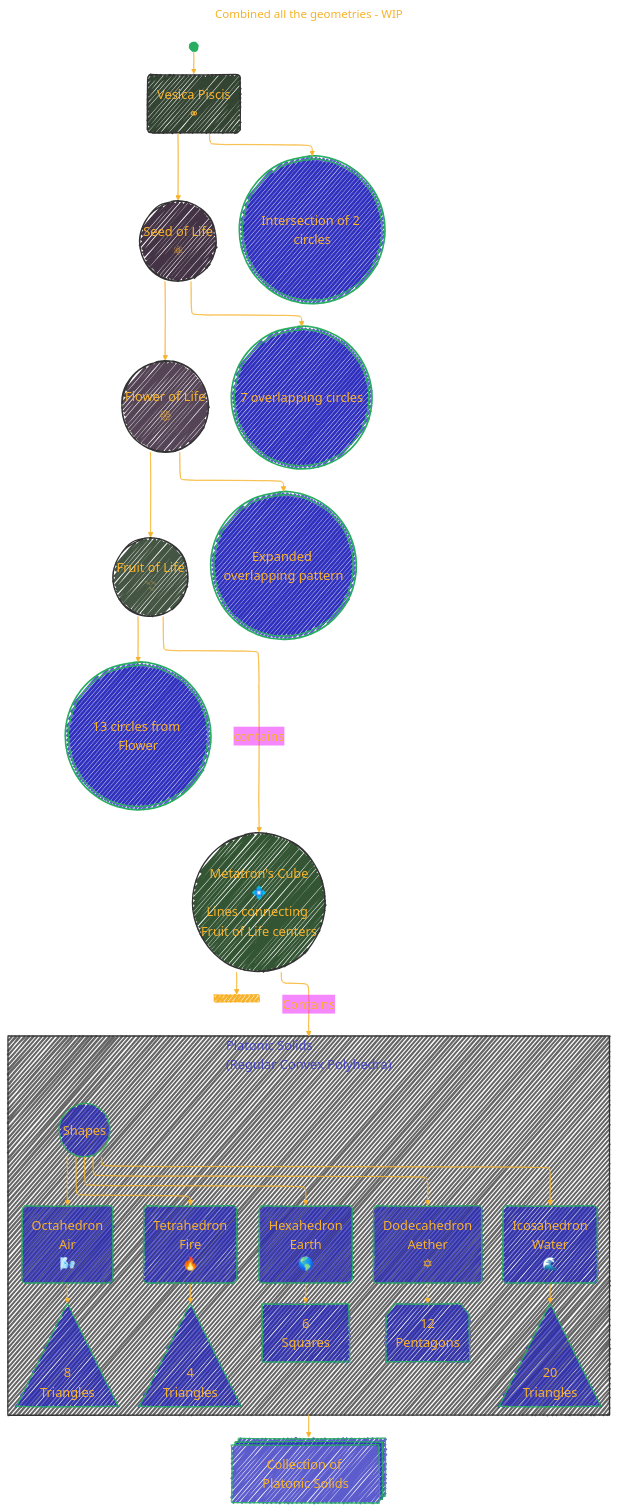
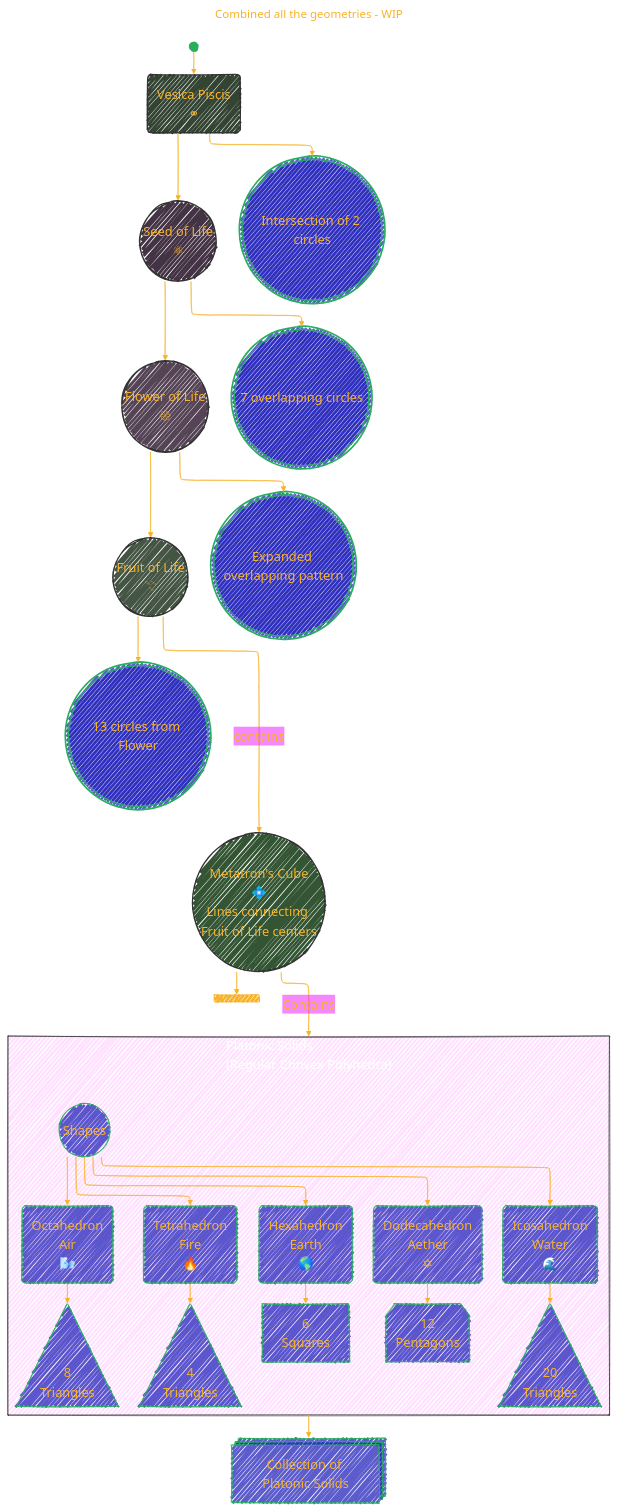
Before and after one commit to CongLeSolutionX/Harmonic_Atomica: the fifth of 7 diagrams in Understanding_Sacred_Geometry.md, drawn with Mermaid. The commit also changed other lines of this file, not shown here.

```diff
--- a/Understanding_Sacred_Geometry.md
+++ b/Understanding_Sacred_Geometry.md
@@ -375,12 +380,12 @@
 }%%
 flowchart TD
 	A_0@{ shape: f-circ, label: "The Initial Beginning" }
-    Vesica_Piscis("Vesica Piscis<br/>⚭")
-    Seed_of_Life(("Seed of Life<br/>⚛"))
-    Flower_of_Life(("Flower of Life<br/>𑁍"))
-    Fruit_of_Life(("Fruit of Life<br/>𓇢"))
-    Metatron_Cube(("Metatron's Cube<br/>💠<br/>Lines connecting Fruit of Life centers"))
-    Platonic_Solids["Platonic Solids"]
+  Vesica_Piscis("Vesica Piscis<br/>⚭")
+  Seed_of_Life(("Seed of Life<br/>⚛"))
+  Flower_of_Life(("Flower of Life<br/>𑁍"))
+  Fruit_of_Life(("Fruit of Life<br/>𓇢"))
+  Metatron_Cube(("Metatron's Cube<br/>💠<br/>Lines connecting Fruit of Life centers"))
+  Platonic_Solids["Platonic Solids"]
 
 	A_0 --> Vesica_Piscis
 	Vesica_Piscis --> Seed_of_Life
@@ -390,36 +395,37 @@
 	Seed_of_Life --> Seed_of_Life_Expansion
 	Seed_of_Life_Expansion@{ shape: dbl-circ, label: "7 overlapping circles" }
 	
-    Seed_of_Life --> Flower_of_Life
+  Seed_of_Life --> Flower_of_Life
 
 	Flower_of_Life --> Flower_of_Life_Expansion
 	Flower_of_Life_Expansion@{ shape: dbl-circ, label: "Expanded overlapping pattern" }
-    
-    Flower_of_Life --> Fruit_of_Life
+
+  Flower_of_Life --> Fruit_of_Life
 	Fruit_of_Life --> Fruit_of_Life_Expansion
 	Fruit_of_Life_Expansion@{ shape: dbl-circ, label: "13 circles from Flower" }
 	
-    Fruit_of_Life -- contains --> Metatron_Cube
+  Fruit_of_Life -- contains --> Metatron_Cube
 
 	Metatron_Cube --> Metatron_Cube_Expansion
 	Metatron_Cube_Expansion@{ shape: fork, label: "Lines connecting Fruit of Life centers" }
 
-    Metatron_Cube -- Contains --> Platonic_Solids
+  Metatron_Cube -- Contains --> Platonic_Solids
 
 	Platonic_Solids --> Platonic_Solids_Expansion
 	Platonic_Solids_Expansion@{ shape: processes, label: "Collection of Platonic Solids" }
 
-    style Vesica_Piscis fill:#343,stroke:#333,stroke-width:2px
-    style Seed_of_Life fill:#434,stroke:#333,stroke-width:2px
-    style Flower_of_Life fill:#545,stroke:#333,stroke-width:2px
-    style Fruit_of_Life fill:#454,stroke:#333,stroke-width:2px
-    style Metatron_Cube fill:#353,stroke:#333,stroke-width:2px
-    style Platonic_Solids fill:#666,stroke:#333,stroke-width:2px
+  style Vesica_Piscis fill:#343,stroke:#333,stroke-width:2px
+  style Seed_of_Life fill:#434,stroke:#333,stroke-width:2px
+  style Flower_of_Life fill:#545,stroke:#333,stroke-width:2px
+  style Fruit_of_Life fill:#454,stroke:#333,stroke-width:2px
+  style Metatron_Cube fill:#353,stroke:#333,stroke-width:2px
+  style Platonic_Solids fill:#666,stroke:#333,stroke-width:2px
 
 	%%%%%%%%%% Platonic Solids Section %%%%%%%%%%
 	%% Platonic_Solids_Expansion --> Platonic_Solids 
 
     subgraph Platonic_Solids["Platonic Solids<br/>(Regular Convex Polyhedra)"]
+    style Platonic_Solids fill:#F2F2,stroke:#333,stroke-width:1px, color: #FFFF
         PS(("Shapes")) --> Tetrahedron("Tetrahedron <br/>Fire<br/>🔥")
         Tetrahedron --> Tetrahedron_Expansion
         Tetrahedron_Expansion@{ shape: tri, label: "4<br/>Triangles" }
```
